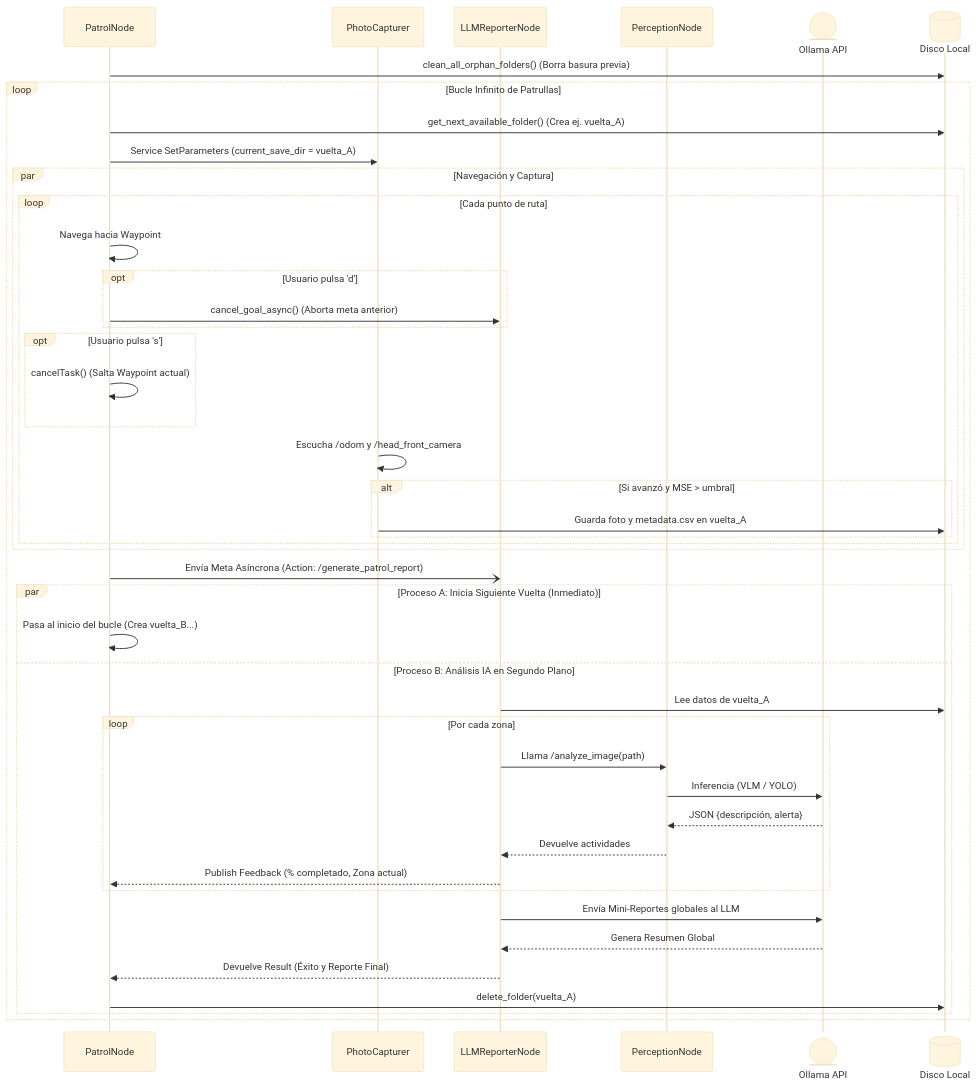
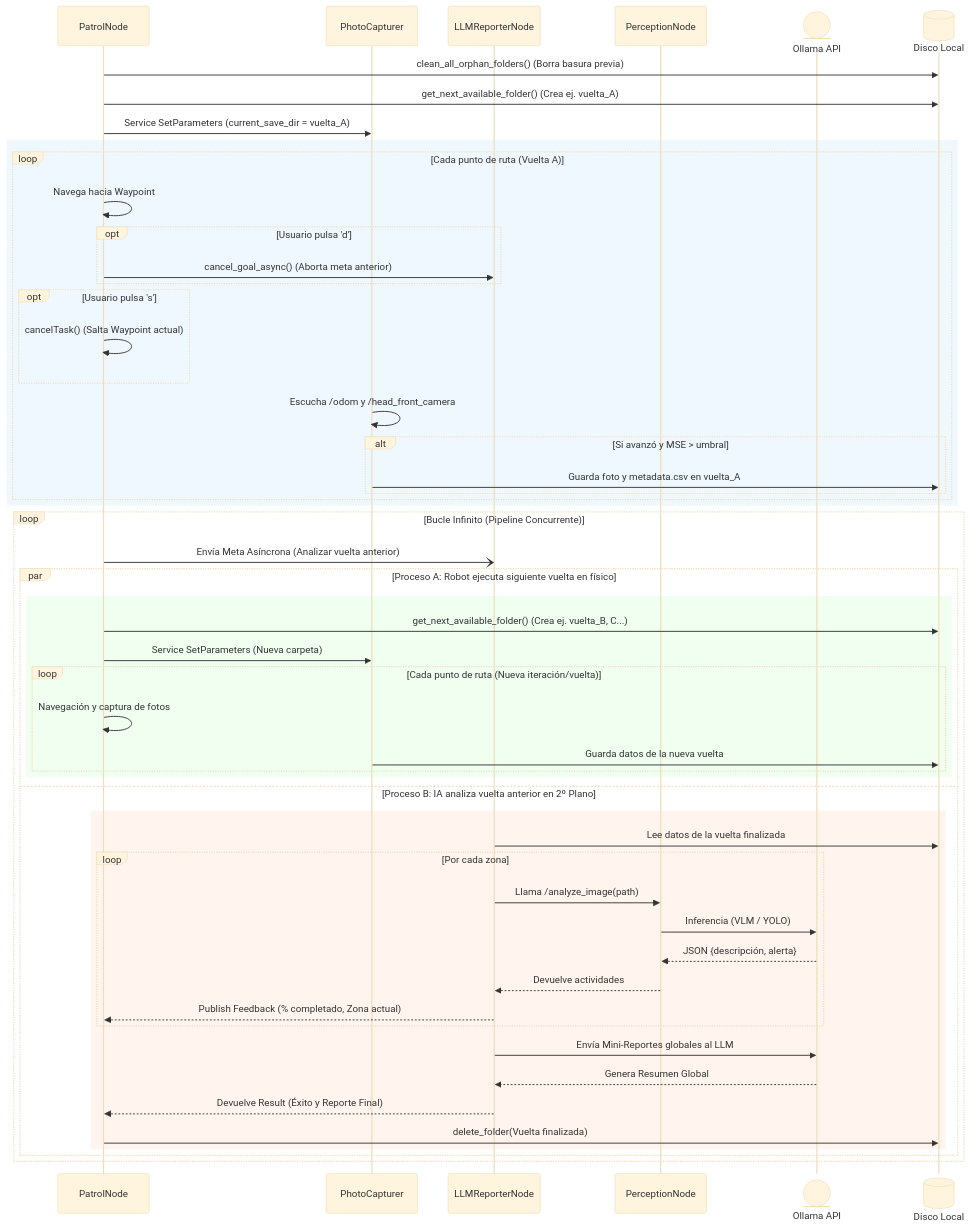
The diagram in diagrams/conMetas/FlujoVuelta.mmd (albertoPerez25/Reconocimiento-y-sintesis-visual-Tiago), drawn with Mermaid (base theme) before and after one commit. The commit also changed 14 other files, not shown here.

```diff
--- a/diagrams/conMetas/FlujoVuelta.mmd
+++ b/diagrams/conMetas/FlujoVuelta.mmd
@@ -1,50 +1,62 @@
 ---
 config:
   look: classic
 ---
 sequenceDiagram
     participant P as PatrolNode
     participant Ph as PhotoCapturer
     participant R as LLMReporterNode
     participant V as PerceptionNode
     participant O@{ "type": "entity" } as Ollama API
     participant Disco@{ "type": "database" } as Disco Local
 
     P->>Disco: clean_all_orphan_folders() (Borra basura previa)
-    loop Bucle Infinito de Patrullas
-        P->>Disco: get_next_available_folder() (Crea ej. vuelta_A)
-        P->>Ph: Service SetParameters (current_save_dir = vuelta_A)
-        par Navegación y Captura
-            loop Cada punto de ruta
-                P->>P: Navega hacia Waypoint
-                opt Usuario pulsa 'd'
-                    P->>R: cancel_goal_async() (Aborta meta anterior)
-                end
-                opt Usuario pulsa 's'
-                    P->>P: cancelTask() (Salta Waypoint actual)
-                end
-                Ph->>Ph: Escucha /odom y /head_front_camera
-                alt Si avanzó y MSE > umbral
-                    Ph->>Disco: Guarda foto y metadata.csv en vuelta_A
+
+    P->>Disco: get_next_available_folder() (Crea ej. vuelta_A)
+    P->>Ph: Service SetParameters (current_save_dir = vuelta_A)
+
+    rect rgb(240, 248, 255)
+        loop Cada punto de ruta (Vuelta A)
+            P->>P: Navega hacia Waypoint
+            opt Usuario pulsa 'd'
+                P->>R: cancel_goal_async() (Aborta meta anterior)
+            end
+            opt Usuario pulsa 's'
+                P->>P: cancelTask() (Salta Waypoint actual)
+            end
+            Ph->>Ph: Escucha /odom y /head_front_camera
+            alt Si avanzó y MSE > umbral
+                Ph->>Disco: Guarda foto y metadata.csv en vuelta_A
+            end
+        end
+    end
+
+    loop Bucle Infinito (Pipeline Concurrente)
+        P-)R: Envía Meta Asíncrona (Analizar vuelta anterior)
+
+        par Proceso A: Robot ejecuta siguiente vuelta en físico
+            rect rgb(240, 255, 240)
+                P->>Disco: get_next_available_folder() (Crea ej. vuelta_B, C...)
+                P->>Ph: Service SetParameters (Nueva carpeta)
+                loop Cada punto de ruta (Nueva iteración/vuelta)
+                    P->>P: Navegación y captura de fotos
+                    Ph->>Disco: Guarda datos de la nueva vuelta
                 end
             end
-        end
-
-        P-)R: Envía Meta Asíncrona (Action: /generate_patrol_report)
-        par Proceso A: Inicia Siguiente Vuelta (Inmediato)
-            P->>P: Pasa al inicio del bucle (Crea vuelta_B...)
-        and Proceso B: Análisis IA en Segundo Plano
-            R->>Disco: Lee datos de vuelta_A
-            loop Por cada zona
-                R->>V: Llama /analyze_image(path)
-                V->>O: Inferencia (VLM / YOLO)
-                O-->>V: JSON {descripción, alerta}
-                V-->>R: Devuelve actividades
-                R-->>P: Publish Feedback (% completado, Zona actual)
+        and Proceso B: IA analiza vuelta anterior en 2º Plano
+            rect rgb(255, 245, 238)
+                R->>Disco: Lee datos de la vuelta finalizada
+                loop Por cada zona
+                    R->>V: Llama /analyze_image(path)
+                    V->>O: Inferencia (VLM / YOLO)
+                    O-->>V: JSON {descripción, alerta}
+                    V-->>R: Devuelve actividades
+                    R-->>P: Publish Feedback (% completado, Zona actual)
+                end
+                R->>O: Envía Mini-Reportes globales al LLM
+                O-->>R: Genera Resumen Global
+                R-->>P: Devuelve Result (Éxito y Reporte Final)
+                P->>Disco: delete_folder(Vuelta finalizada)
             end
-            R->>O: Envía Mini-Reportes globales al LLM
-            O-->>R: Genera Resumen Global
-            R-->>P: Devuelve Result (Éxito y Reporte Final)
-            P->>Disco: delete_folder(vuelta_A)
         end
     end
```
